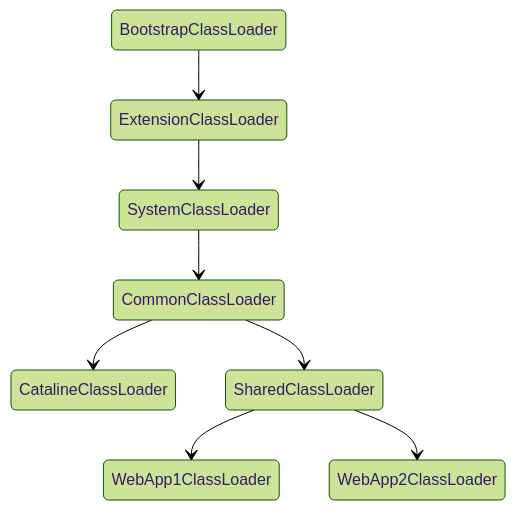
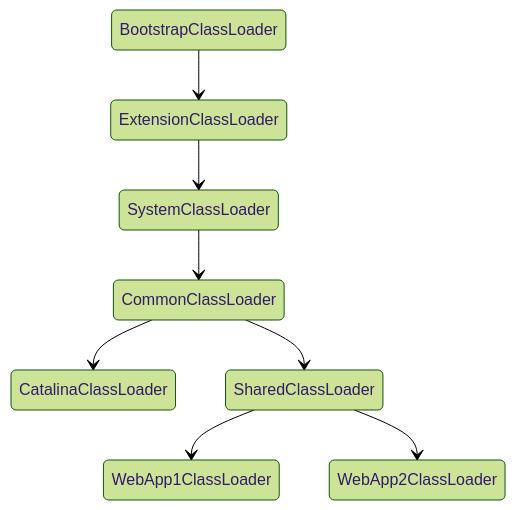
One commit to 0xcaffebabe/note changed the seventh of 10 diagrams in doc/中间件/web中间件/Tomcat.md. Above: the diagram before and after it, drawn with Mermaid (forest theme). The commit also changed other lines of this file and 8 other files, not shown here.

````diff
--- a/doc/中间件/web中间件/Tomcat.md
+++ b/doc/中间件/web中间件/Tomcat.md
@@ -220,10 +220,10 @@
 ```mermaid
 stateDiagram-v2
   BootstrapClassLoader --> ExtensionClassLoader
   ExtensionClassLoader --> SystemClassLoader
   SystemClassLoader --> CommonClassLoader
-  CommonClassLoader --> CatalineClassLoader
+  CommonClassLoader --> CatalinaClassLoader
   CommonClassLoader --> SharedClassLoader
   SharedClassLoader --> WebApp1ClassLoader
   SharedClassLoader --> WebApp2ClassLoader
 ```
````
